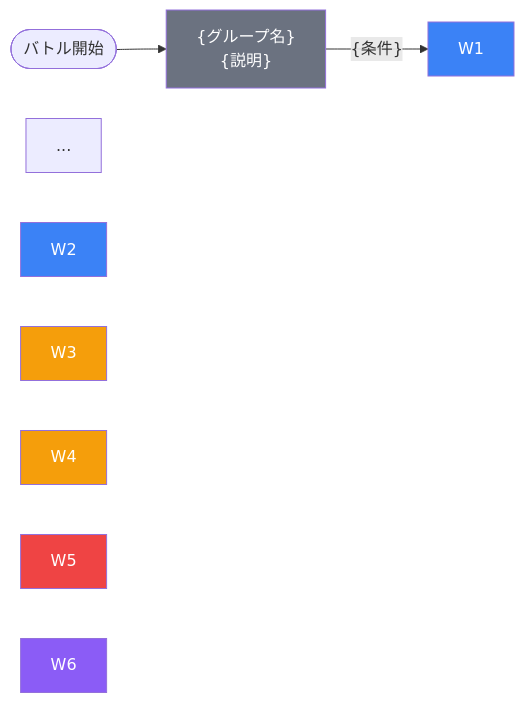
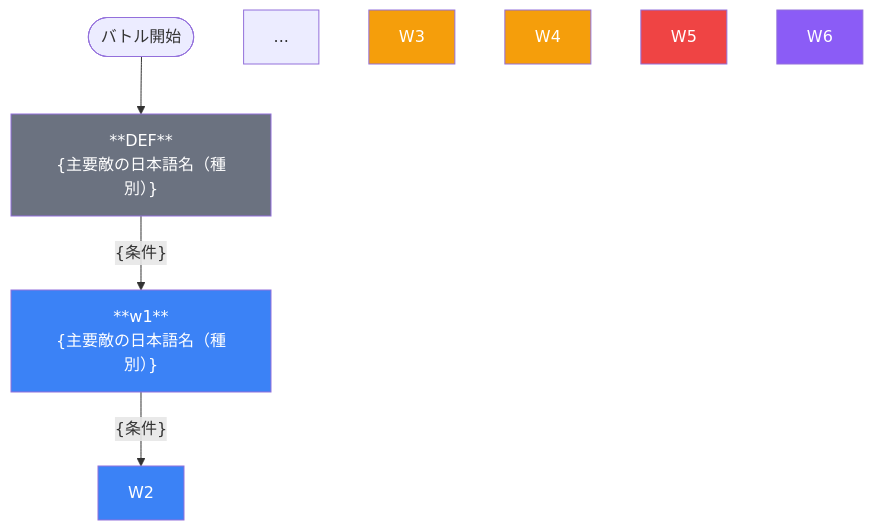
One commit to Wonderplanet/glow-brain changed the diagram in .claude/skills/masterdata-ingame-detail-explainer/references/document-structure.md. Above: the diagram before and after it, drawn with Mermaid. The commit also changed other lines of this file and 2 other files, not shown here.

First line of the commit message:
[improve_masterdata_entry_flow] masterdata-ingame-detail-explainer スキルのI18n対応・Mermaid改善

````diff
--- a/.claude/skills/masterdata-ingame-detail-explainer/references/document-structure.md
+++ b/.claude/skills/masterdata-ingame-detail-explainer/references/document-structure.md
@@ -142,16 +153,21 @@
 ```mermaid
-flowchart LR
+flowchart TD
     START([バトル開始]) --> DEF
 
-    DEF["{グループ名}<br/>{説明}"]
+    DEF["**DEF**
+{主要敵の日本語名（種別）}"]
     DEF -- "{条件}" --> W1
+
+    W1["**w1**
+{主要敵の日本語名（種別）}"]
+    W1 -- "{条件}" --> W2
     ...
 
     style DEF fill:#6b7280,color:#fff
     style W1 fill:#3b82f6,color:#fff
     style W2 fill:#3b82f6,color:#fff
     style W3 fill:#f59e0b,color:#fff
     style W4 fill:#f59e0b,color:#fff
     style W5 fill:#ef4444,color:#fff
     style W6 fill:#8b5cf6,color:#fff
 ```
````
